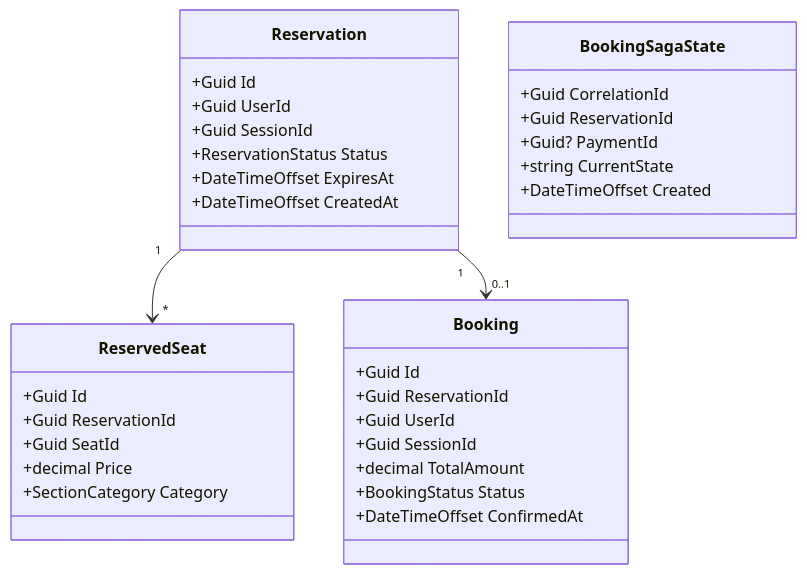
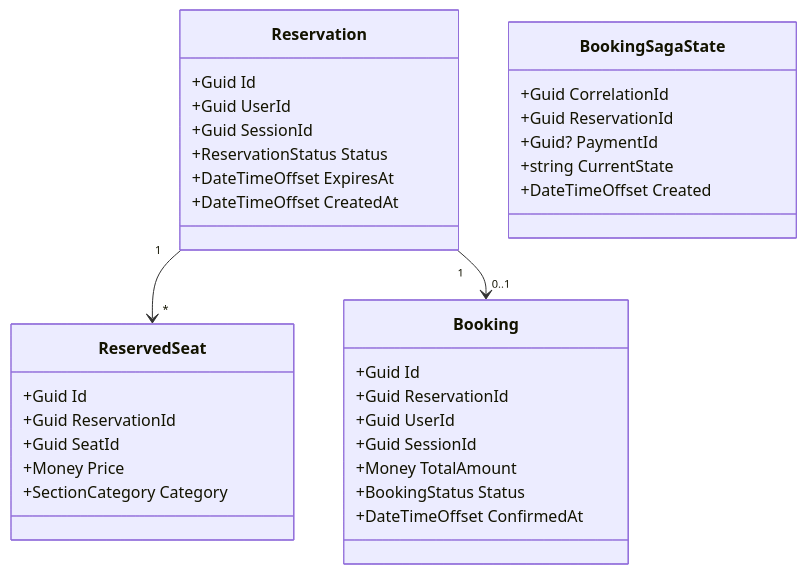
Before and after one commit to benotar/Eventify: the third of 7 diagrams in docs/ARCHITECTURE.md, drawn with Mermaid. The commit also changed other lines of this file and 2 other files, not shown here.

````diff
--- a/docs/ARCHITECTURE.md
+++ b/docs/ARCHITECTURE.md
@@ -357,37 +356,37 @@
 ```mermaid
 classDiagram
     class Reservation {
       +Guid Id
       +Guid UserId
       +Guid SessionId
       +ReservationStatus Status
       +DateTimeOffset ExpiresAt
       +DateTimeOffset CreatedAt
     }
     class ReservedSeat {
       +Guid Id
       +Guid ReservationId
       +Guid SeatId
-      +decimal Price
+      +Money Price
       +SectionCategory Category
     }
     class Booking {
       +Guid Id
       +Guid ReservationId
       +Guid UserId
       +Guid SessionId
-      +decimal TotalAmount
+      +Money TotalAmount
       +BookingStatus Status
       +DateTimeOffset ConfirmedAt
     }
     class BookingSagaState {
       +Guid CorrelationId
       +Guid ReservationId
       +Guid? PaymentId
       +string CurrentState
       +DateTimeOffset Created
     }
 
     Reservation "1" --> "*" ReservedSeat
     Reservation "1" --> "0..1" Booking
 ```
````
